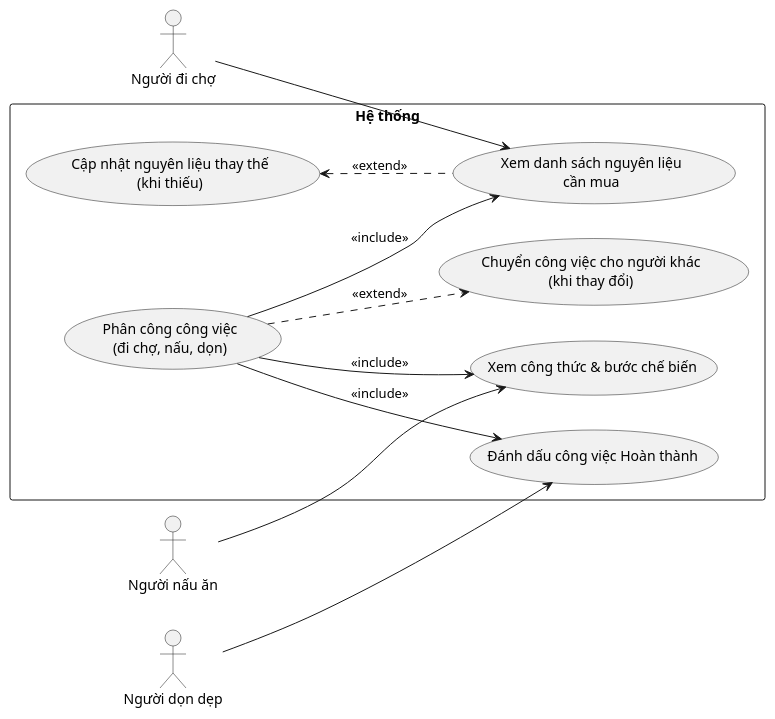
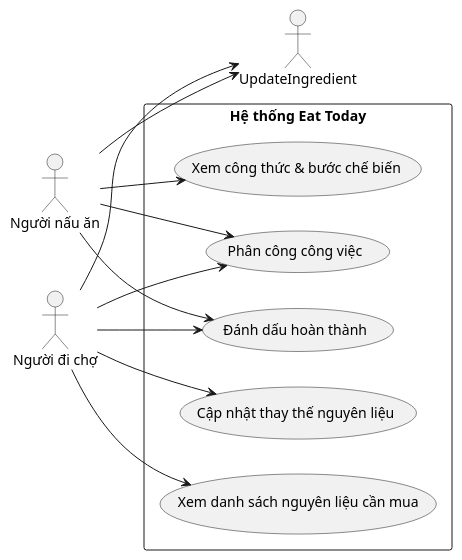
One commit to bao2306/CNPM_EatToday changed diagram 13 of 14 in README.md. Above: the diagram before and after it, drawn with PlantUML. The commit also changed other lines of this file, not shown here.

````diff
--- a/README.md
+++ b/README.md
@@ -634,35 +634,33 @@
  ```plantuml
 @startuml
 left to right direction
+skinparam packageStyle rectangle
+
+rectangle "Hệ thống Eat Today" {
+  usecase "Phân công công việc" as UC1
+  usecase "Xem danh sách nguyên liệu cần mua" as UC2
+  usecase "Xem công thức & bước chế biến" as UC3
+  usecase "Đánh dấu hoàn thành" as UC4
+  usecase "Cập nhật thay thế nguyên liệu" as UC5
+}
+
 actor "Người đi chợ" as Shopper
 actor "Người nấu ăn" as Cook
-actor "Người dọn dẹp" as Cleaner
 
-rectangle "Hệ thống" {
-    usecase "Phân công công việc\n(đi chợ, nấu, dọn)" as UC1
-    usecase "Xem danh sách nguyên liệu\ncần mua" as UC2
-    usecase "Xem công thức & bước chế biến" as UC3
-    usecase "Đánh dấu công việc Hoàn thành" as UC4
-    
-    usecase "Cập nhật nguyên liệu thay thế\n(khi thiếu)" as EXT1
-    usecase "Chuyển công việc cho người khác\n(khi thay đổi)" as EXT2
-}
+Shopper --> UC1
+Cook --> UC1
 
-' Phân công bao gồm các tác vụ
-UC1 -[hidden]-> UC2
-UC1 -[hidden]-> UC3
-UC1 -[hidden]-> UC4
-UC1 --> UC2 : <<include>>
-UC1 --> UC3 : <<include>>
-UC1 --> UC4 : <<include>>
-
-' Các actor chỉ kết nối use case của họ
 Shopper --> UC2
 Cook --> UC3
-Cleaner --> UC4
 
-' Ngoại lệ
-UC2 .u.> EXT1 : <<extend>>
-UC1 .d.> EXT2 : <<extend>>
+Shopper --> UC4
+Cook --> UC4
+
+Shopper --> UC5
+
+
+
+Shopper --> UpdateIngredient
+Cook --> UpdateIngredient
 @enduml
 ```
````
